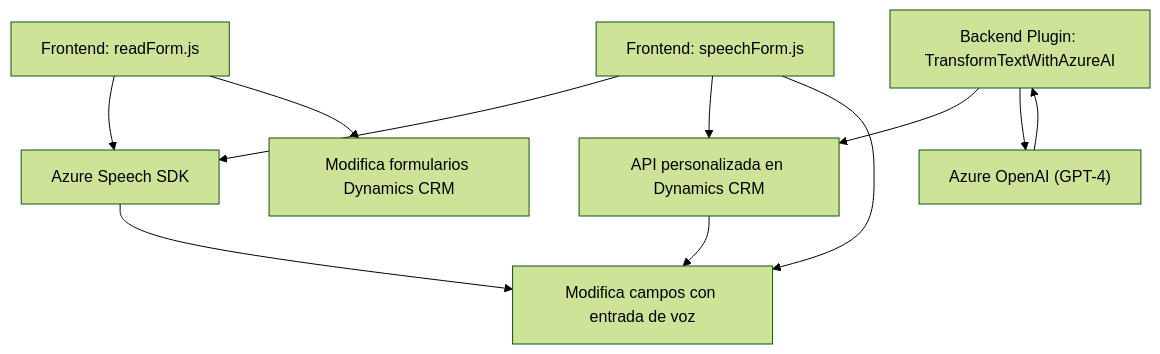
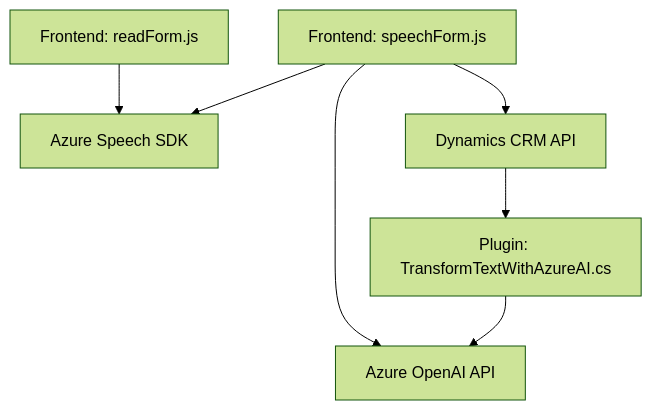
Before and after one commit to blopezdm/NETCORE_BILBAO2025: the diagram in README.md, drawn with Mermaid (forest theme). The commit also changed other lines of this file, not shown here.

Commit message:
Actualizar análisis global de la solución con IA

````diff
--- a/README.md
+++ b/README.md
@@ -43,13 +38,16 @@
 ```mermaid
 graph TD
-    A["Frontend: readForm.js"] --> B["Azure Speech SDK"]
-    A --> C["Modifica formularios Dynamics CRM"]
-    D["Frontend: speechForm.js"] --> B
-    D --> E["API personalizada en Dynamics CRM"]
-    D --> F["Modifica campos con entrada de voz"]
-    G["Backend Plugin: TransformTextWithAzureAI"] --> E
-    G --> H["Azure OpenAI (GPT-4)"]
+    A["Frontend: readForm.js"]
+    B["Frontend: speechForm.js"]
+    C["Azure Speech SDK"]
+    D["Dynamics CRM API"]
+    E["Plugin: TransformTextWithAzureAI.cs"]
+    F["Azure OpenAI API"]
+    
+    A --> C
+    B --> C
+    B --> D
     B --> F
+    D --> E
     E --> F
-    H --> G
 ```
````
